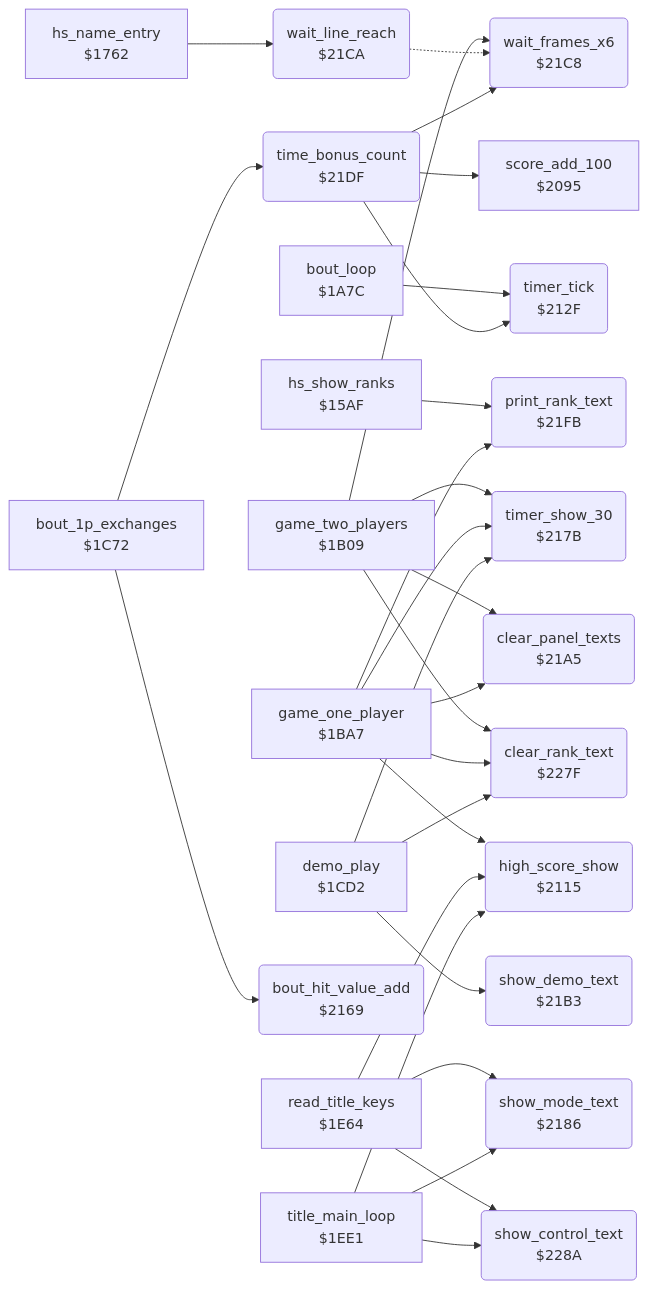
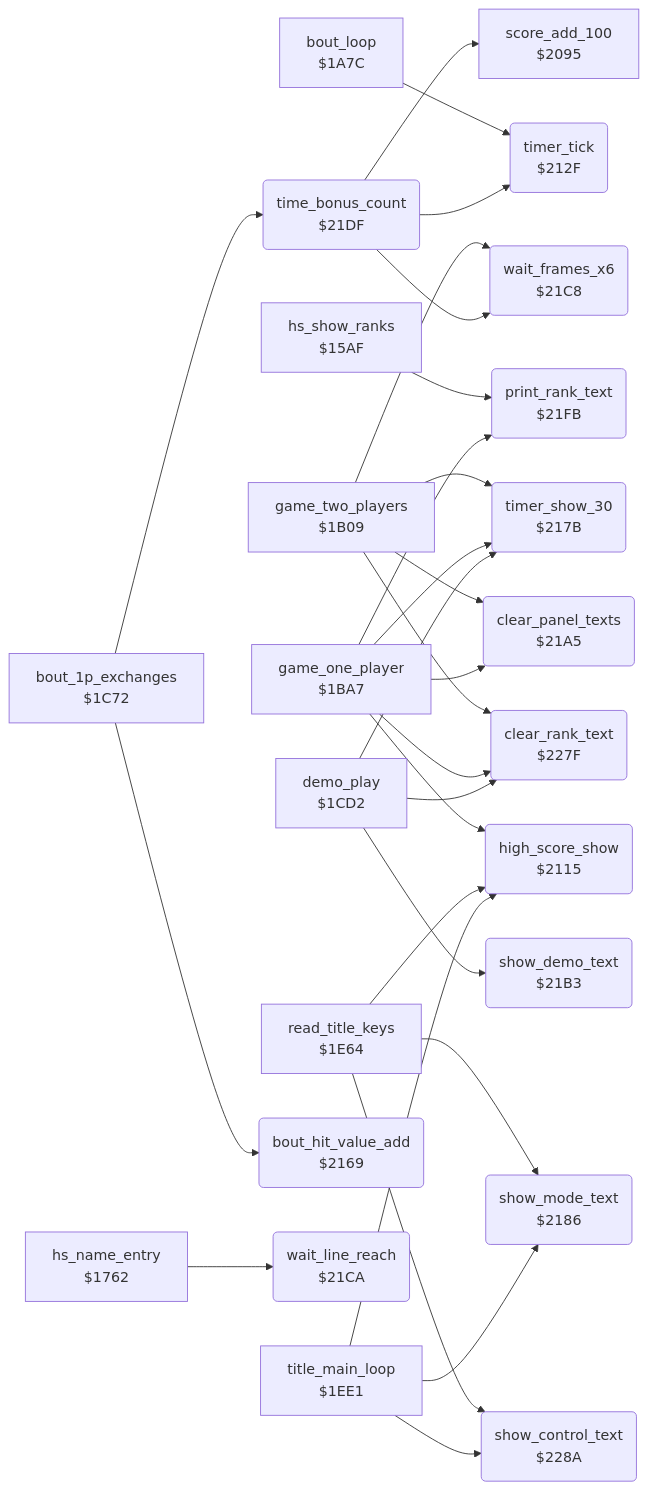
The diagram in exploding_fist/v2/docs/reference/modules/game/timer_and_texts.md (henols/c64_games), drawn with Mermaid before and after one commit. The commit also changed other lines of this file and 319 other files, not shown here.

````diff
--- a/exploding_fist/v2/docs/reference/modules/game/timer_and_texts.md
+++ b/exploding_fist/v2/docs/reference/modules/game/timer_and_texts.md
@@ -10,53 +38,52 @@
 ```mermaid
 flowchart LR
   n15af["hs_show_ranks<br/>$15AF"]
   n1762["hs_name_entry<br/>$1762"]
   n1a7c["bout_loop<br/>$1A7C"]
   n1b09["game_two_players<br/>$1B09"]
   n1ba7["game_one_player<br/>$1BA7"]
   n1c72["bout_1p_exchanges<br/>$1C72"]
   n1cd2["demo_play<br/>$1CD2"]
   n1e64["read_title_keys<br/>$1E64"]
   n1ee1["title_main_loop<br/>$1EE1"]
   n2095["score_add_100<br/>$2095"]
   n2115("high_score_show<br/>$2115")
   n212f("timer_tick<br/>$212F")
   n2169("bout_hit_value_add<br/>$2169")
   n217b("timer_show_30<br/>$217B")
   n2186("show_mode_text<br/>$2186")
   n21a5("clear_panel_texts<br/>$21A5")
   n21b3("show_demo_text<br/>$21B3")
   n21c8("wait_frames_x6<br/>$21C8")
   n21ca("wait_line_reach<br/>$21CA")
   n21df("time_bonus_count<br/>$21DF")
   n21fb("print_rank_text<br/>$21FB")
   n227f("clear_rank_text<br/>$227F")
   n228a("show_control_text<br/>$228A")
   n15af --> n21fb
   n1762 --> n21ca
   n1a7c --> n212f
   n1b09 --> n217b
   n1b09 --> n21a5
   n1b09 --> n21c8
   n1b09 --> n227f
   n1ba7 --> n2115
   n1ba7 --> n217b
   n1ba7 --> n21a5
   n1ba7 --> n21fb
   n1ba7 --> n227f
   n1c72 --> n2169
   n1c72 --> n21df
   n1cd2 --> n217b
   n1cd2 --> n21b3
   n1cd2 --> n227f
   n1e64 --> n2115
   n1e64 --> n2186
   n1e64 --> n228a
   n1ee1 --> n2115
   n1ee1 --> n2186
   n1ee1 --> n228a
-  n21ca -.-> n21c8
   n21df --> n2095
   n21df --> n212f
   n21df --> n21c8
 ```
````
